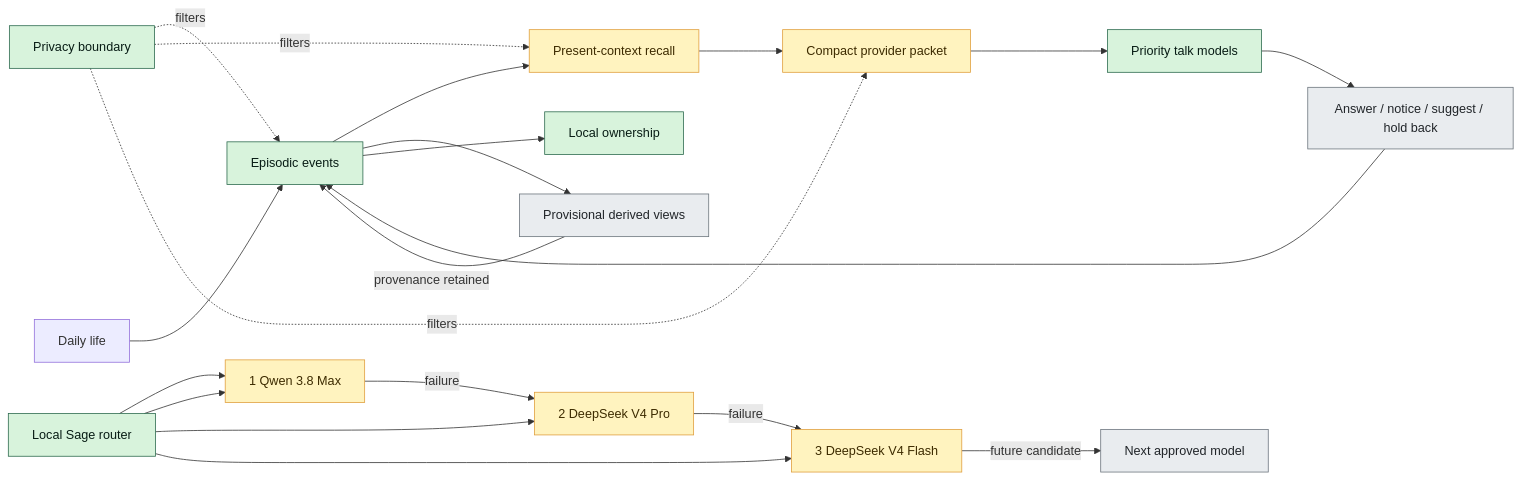
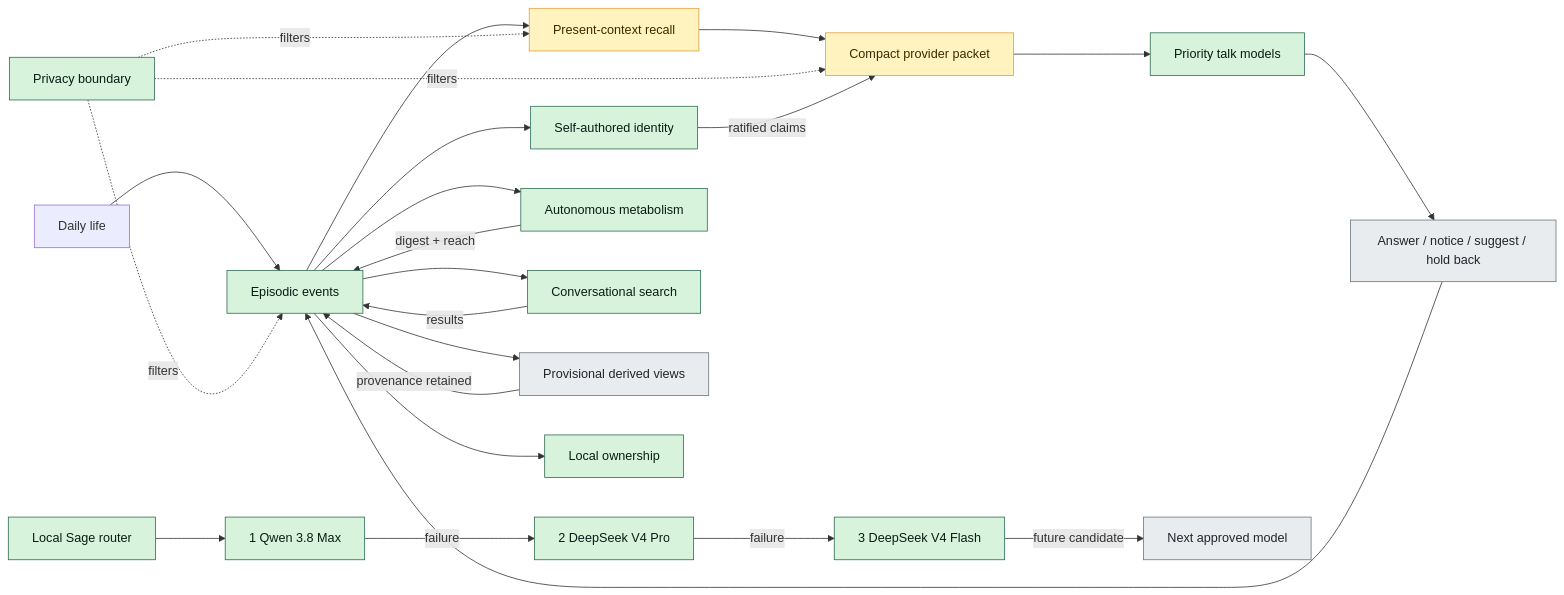
Before and after one commit to 91nedlawnavi-svg/sage: the diagram in docs/ROADMAP.md, drawn with Mermaid. The commit also changed other lines of this file and 3 other files, not shown here.

````diff
--- a/docs/ROADMAP.md
+++ b/docs/ROADMAP.md
@@ -9,32 +9,36 @@
 ```mermaid
 flowchart LR
     LIFE[Daily life] --> EVENTS[Episodic events]
     EVENTS --> RECALL[Present-context recall]
     RECALL --> PACKET[Compact provider packet]
     PACKET --> TALK[Priority talk models]
     TALK --> RESPONSE[Answer / notice / suggest / hold back]
     RESPONSE --> EVENTS
 
     PRIVACY[Privacy boundary] -. filters .-> EVENTS
     PRIVACY -. filters .-> RECALL
     PRIVACY -. filters .-> PACKET
 
     ROUTER[Local Sage router] --> QWEN[1 Qwen 3.8 Max]
     QWEN -->|failure| PRO[2 DeepSeek V4 Pro]
     PRO -->|failure| FLASH[3 DeepSeek V4 Flash]
     FLASH -->|future candidate| NEXT[Next approved model]
-    ROUTER --> QWEN
-    ROUTER --> PRO
-    ROUTER --> FLASH
+
+    EVENTS --> IDENTITY[Self-authored identity]
+    IDENTITY -->|ratified claims| PACKET
+    EVENTS --> METABOLISM[Autonomous metabolism]
+    METABOLISM -->|digest + reach| EVENTS
+    EVENTS --> SEARCH[Conversational search]
+    SEARCH -->|results| EVENTS
 
     EVENTS --> DERIVED[Provisional derived views]
     DERIVED -->|provenance retained| EVENTS
     EVENTS --> OWNERSHIP[Local ownership]
 
     classDef done fill:#d8f3dc,stroke:#2d6a4f,color:#081c15;
     classDef active fill:#fff3bf,stroke:#e09f3e,color:#3d2b00;
     classDef future fill:#e9ecef,stroke:#6c757d,color:#212529;
-    class EVENTS,PRIVACY,OWNERSHIP,TALK,ROUTER done;
-    class RECALL,PACKET,QWEN,PRO,FLASH active;
+    class EVENTS,PRIVACY,OWNERSHIP,TALK,ROUTER,QWEN,PRO,FLASH,IDENTITY,METABOLISM,SEARCH done;
+    class RECALL,PACKET active;
     class DERIVED,RESPONSE,NEXT future;
 ```
````
